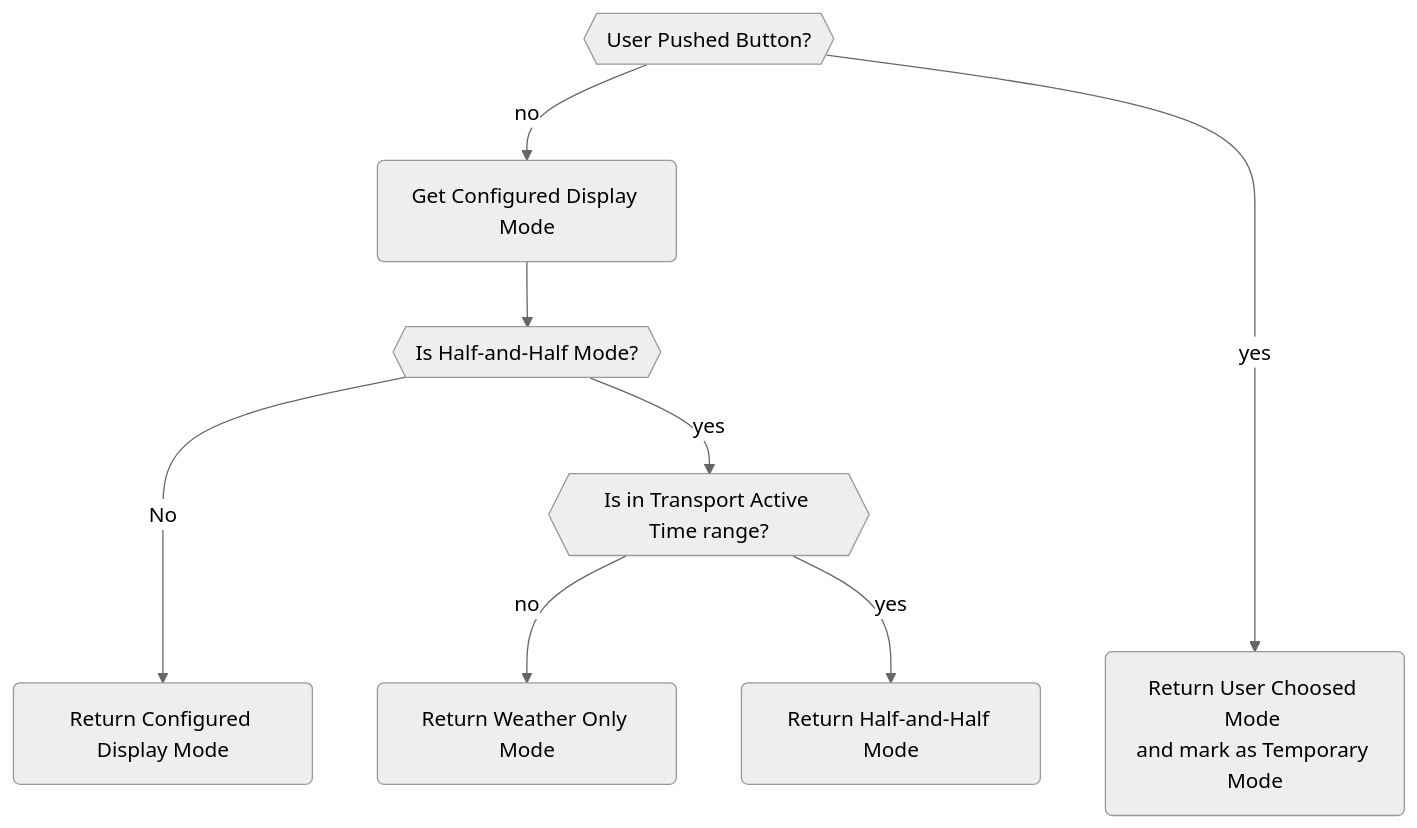
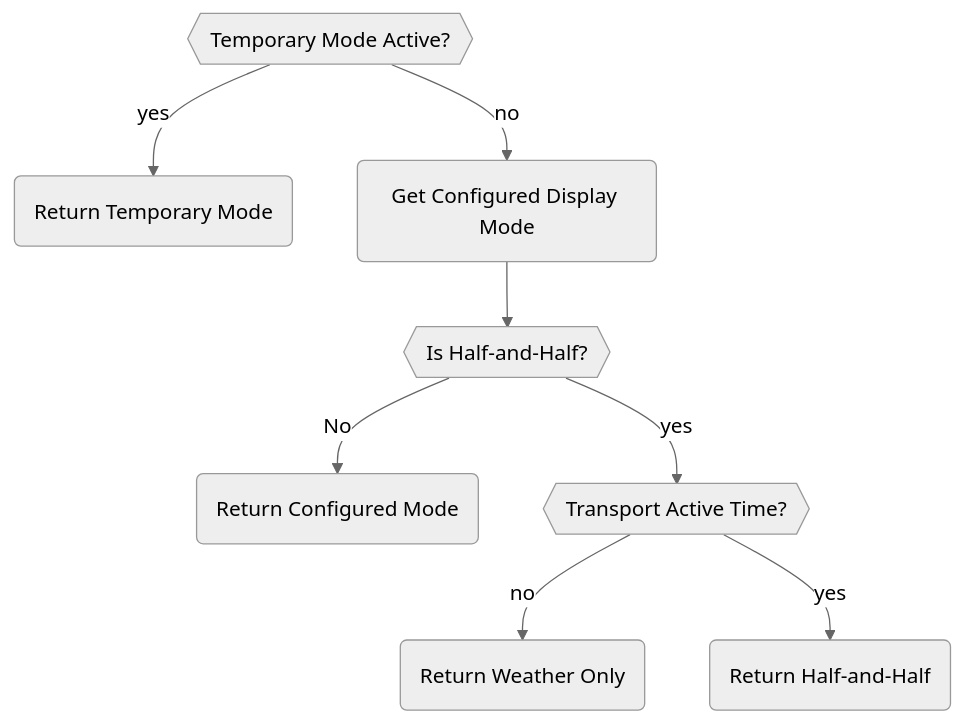
The second of 3 diagrams in docs/developer-guide/boot-process.md (gogo-boot/mystation), drawn with Mermaid (neutral theme) before and after one commit. The commit also changed other lines of this file and 11 other files, not shown here.

````diff
--- a/docs/developer-guide/boot-process.md
+++ b/docs/developer-guide/boot-process.md
@@ -89,10 +89,10 @@
 ```mermaid
 flowchart TD
-    is_temp{{User Pushed Button?}} -->|no| get_config(Get Configured Display Mode)
-    is_temp ----->|yes| show_temp(Return User Choosed Mode \nand mark as Temporary Mode)
-    get_config --> is_halfNhalf{{Is Half-and-Half Mode?}}
-    is_halfNhalf --->|No| show_configured(Return Configured Display Mode)
-    is_halfNhalf -->|yes| is_transport_active{{Is in Transport Active Time range?}}
-    is_transport_active -->|no| show_weather(Return Weather Only Mode)
-    is_transport_active -->|yes| show_halfNhalf(Return Half-and-Half Mode)
+    is_temp{{Temporary Mode Active?}} -->|yes| show_temp(Return Temporary Mode)
+    is_temp -->|no| get_config(Get Configured Display Mode)
+    get_config --> is_halfNhalf{{Is Half-and-Half?}}
+    is_halfNhalf -->|No| show_configured(Return Configured Mode)
+    is_halfNhalf -->|yes| is_transport_active{{Transport Active Time?}}
+    is_transport_active -->|no| show_weather(Return Weather Only)
+    is_transport_active -->|yes| show_halfNhalf(Return Half-and-Half)
 ```
````
